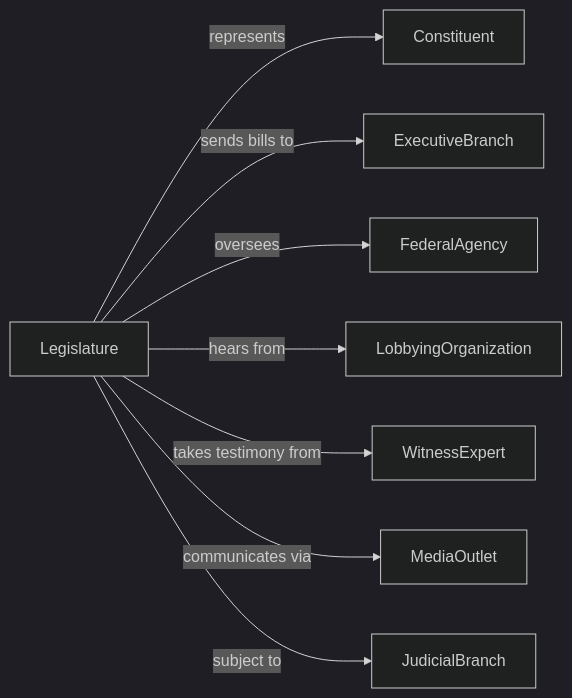
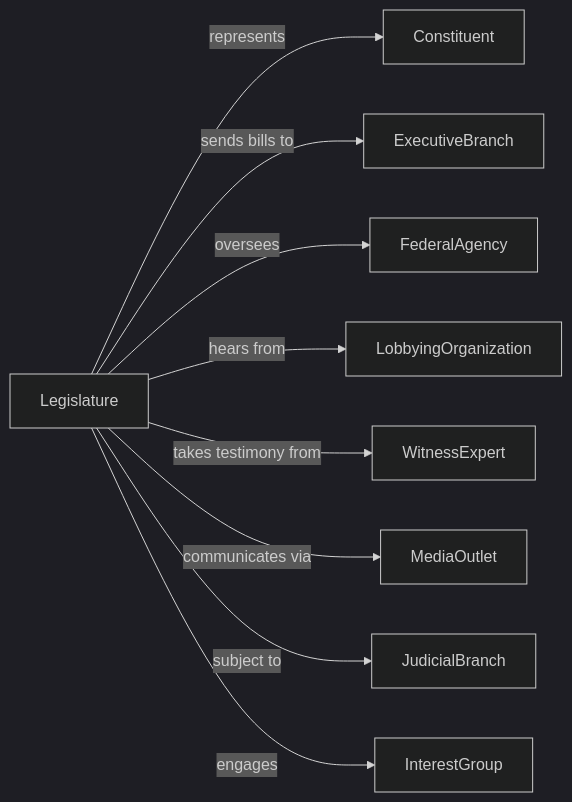
One commit to dot-org-ai/industries.org.ai changed the second of 2 diagrams in PublicAdministration/ExecutiveLegislativeAndOtherGeneralGovernmentSupport/ExecutiveLegislativeAndOtherGeneralGovernmentSupport/LegislativeBodies.mdx. Above: the diagram before and after it, drawn with Mermaid (dark theme). The commit also changed 588 other files, not shown here.

````diff
--- a/PublicAdministration/ExecutiveLegislativeAndOtherGeneralGovernmentSupport/ExecutiveLegislativeAndOtherGeneralGovernmentSupport/LegislativeBodies.mdx
+++ b/PublicAdministration/ExecutiveLegislativeAndOtherGeneralGovernmentSupport/ExecutiveLegislativeAndOtherGeneralGovernmentSupport/LegislativeBodies.mdx
@@ -138,12 +138,13 @@
 ```mermaid
 graph LR
     L[Legislature]
 
     L -->|represents| Constituent
     L -->|sends bills to| ExecutiveBranch
     L -->|oversees| FederalAgency
     L -->|hears from| LobbyingOrganization
     L -->|takes testimony from| WitnessExpert
     L -->|communicates via| MediaOutlet
     L -->|subject to| JudicialBranch
+    L -->|engages| InterestGroup
 ```
````
